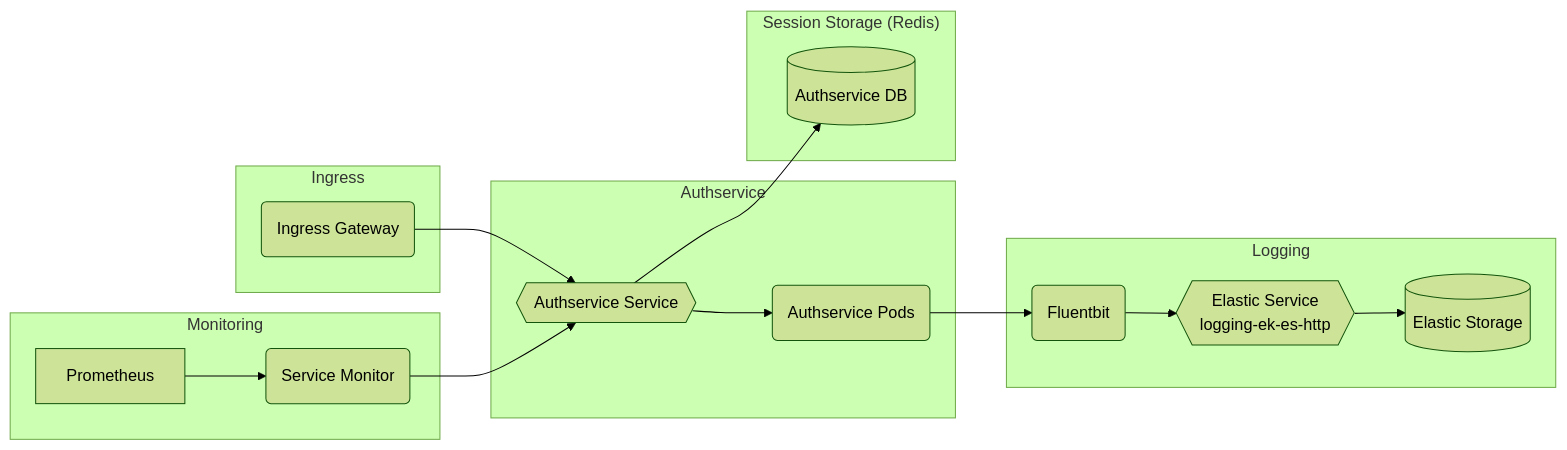
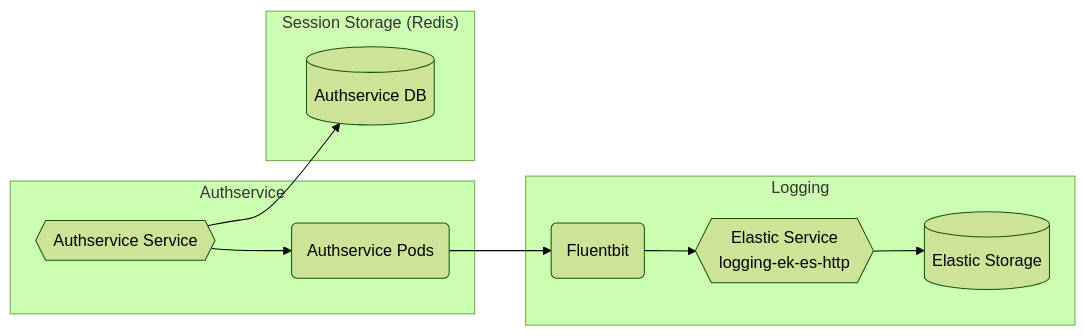
The diagram in charter/packages/authservice/Architecture.md (rjferguson21/big-bang), drawn with Mermaid (forest theme) before and after one commit.

Commit message:
remove ingress & prometheus

````diff
--- a/charter/packages/authservice/Architecture.md
+++ b/charter/packages/authservice/Architecture.md
@@ -13,25 +13,16 @@
 ```mermaid
 graph LR
   subgraph "Authservice"
     authservicepods("Authservice Pods")
     authservice{{"Authservice Service"}} --> authservicepods("Authservice Pods")
   end
 
   subgraph "Session Storage (Redis)"
     authservice --> database3[("Authservice DB")]
   end
 
-  subgraph "Ingress"
-    ig(Ingress Gateway) --> authservice
-  end
-
   subgraph "Logging"
     authservicepods("Authservice Pods") --> fluent(Fluentbit) --> logging-ek-es-http
     logging-ek-es-http{{Elastic Service<br />logging-ek-es-http}} --> elastic[(Elastic Storage)]
   end
-
-  subgraph "Monitoring"
-    svcmonitor("Service Monitor") --> authservice
-    Prometheus --> svcmonitor("Service Monitor")
-  end
 ```
````
